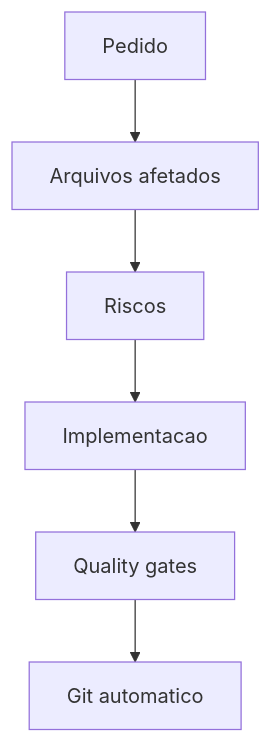
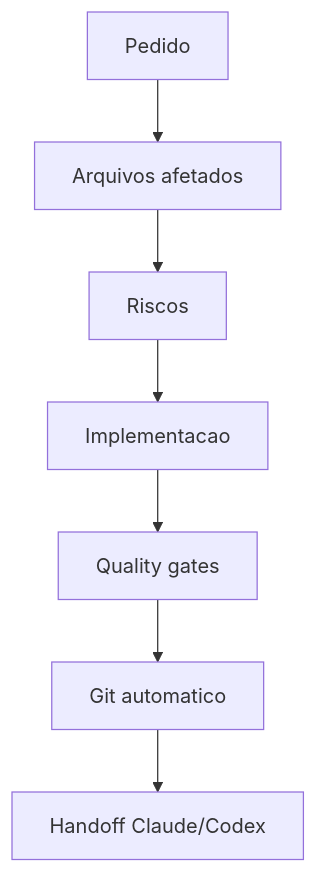
The diagram in .claude/skills/graphify/SKILL.md (reactflowbrasil-star/airflow-webapp), drawn with Mermaid before and after one commit. The commit also changed other lines of this file, not shown here.

Commit message:
Integra continuidade Claude Codex na graphify

````diff
--- a/.claude/skills/graphify/SKILL.md
+++ b/.claude/skills/graphify/SKILL.md
@@ -87,8 +90,9 @@
 ```mermaid
 graph TD
   A[Pedido] --> B[Arquivos afetados]
   B --> C[Riscos]
   C --> D[Implementacao]
   D --> E[Quality gates]
   E --> F[Git automatico]
+  F --> G[Handoff Claude/Codex]
 ```
````
